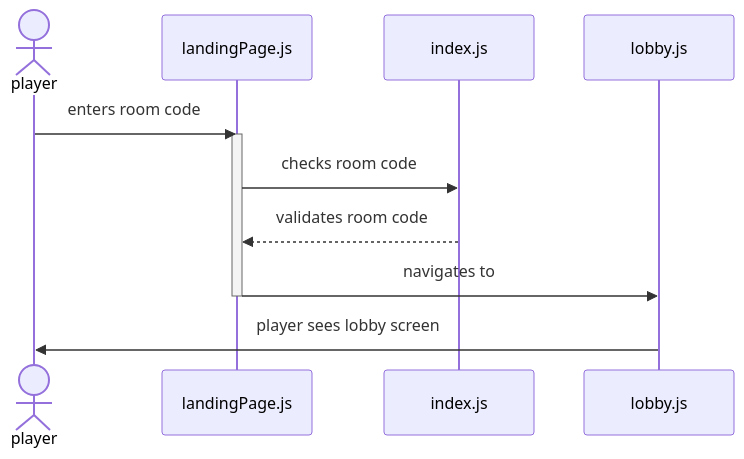
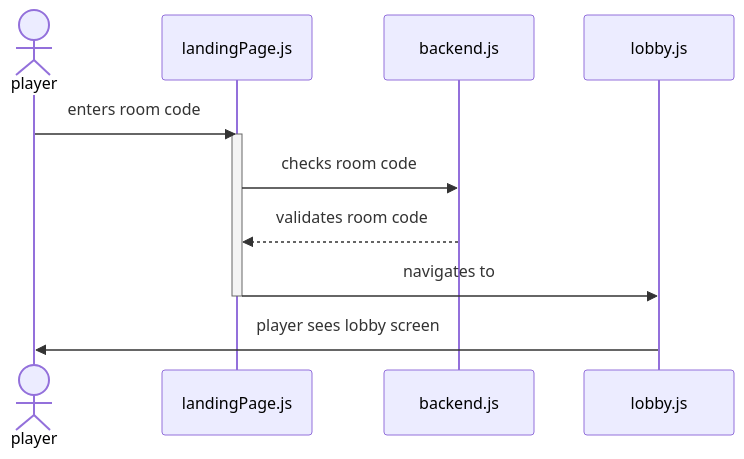
One commit to Capstone-Projects-2025-Spring/project-aac-game-team-a changed the fifth of 13 diagrams in documentation/docs/system-architecture/design.md. Above: the diagram before and after it, drawn with Mermaid. The commit also changed other lines of this file, not shown here.

Commit message:
added necessary return arrows and explained diagram steps

````diff
--- a/documentation/docs/system-architecture/design.md
+++ b/documentation/docs/system-architecture/design.md
@@ -133,16 +136,16 @@
 ```mermaid
 sequenceDiagram
 
 actor player
 
 player ->> landingPage.js: enters room code
 
 activate landingPage.js
-landingPage.js ->> index.js: checks room code
-index.js -->> landingPage.js: validates room code
+landingPage.js ->> backend.js: checks room code
+backend.js -->> landingPage.js: validates room code
 landingPage.js ->> lobby.js: navigates to
 deactivate landingPage.js
 lobby.js ->> player: player sees lobby screen
 
 
 ```
````
